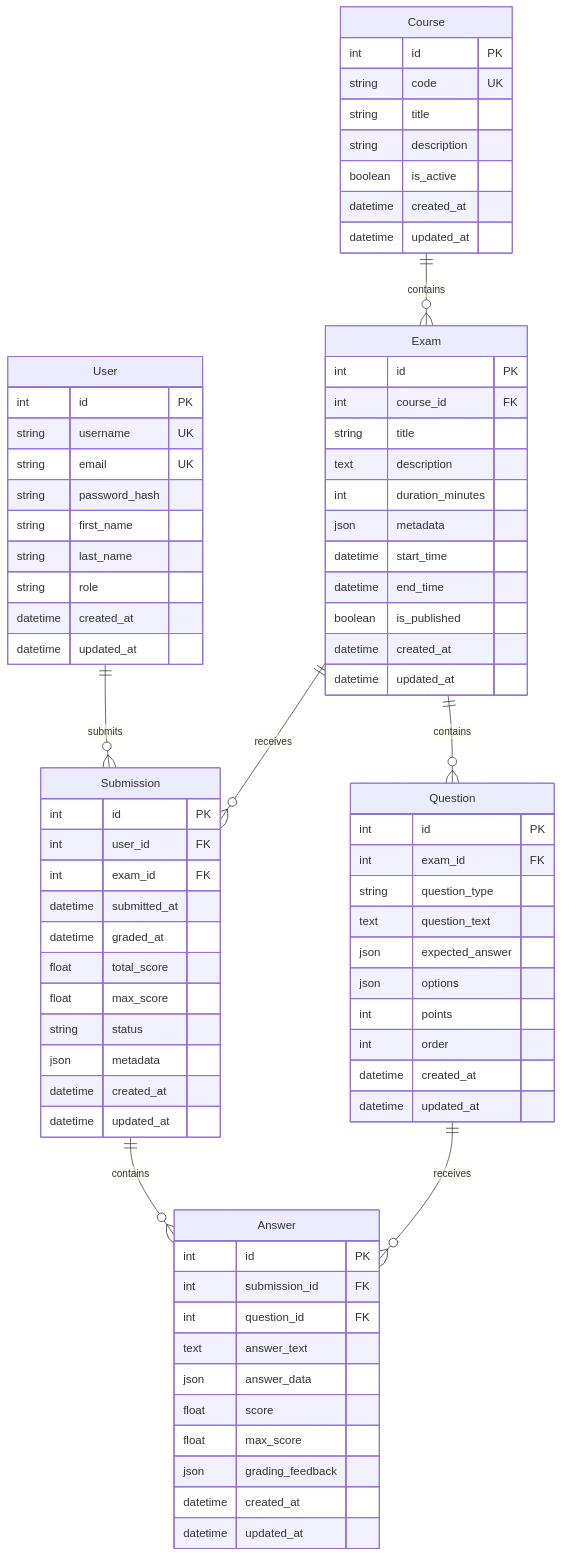
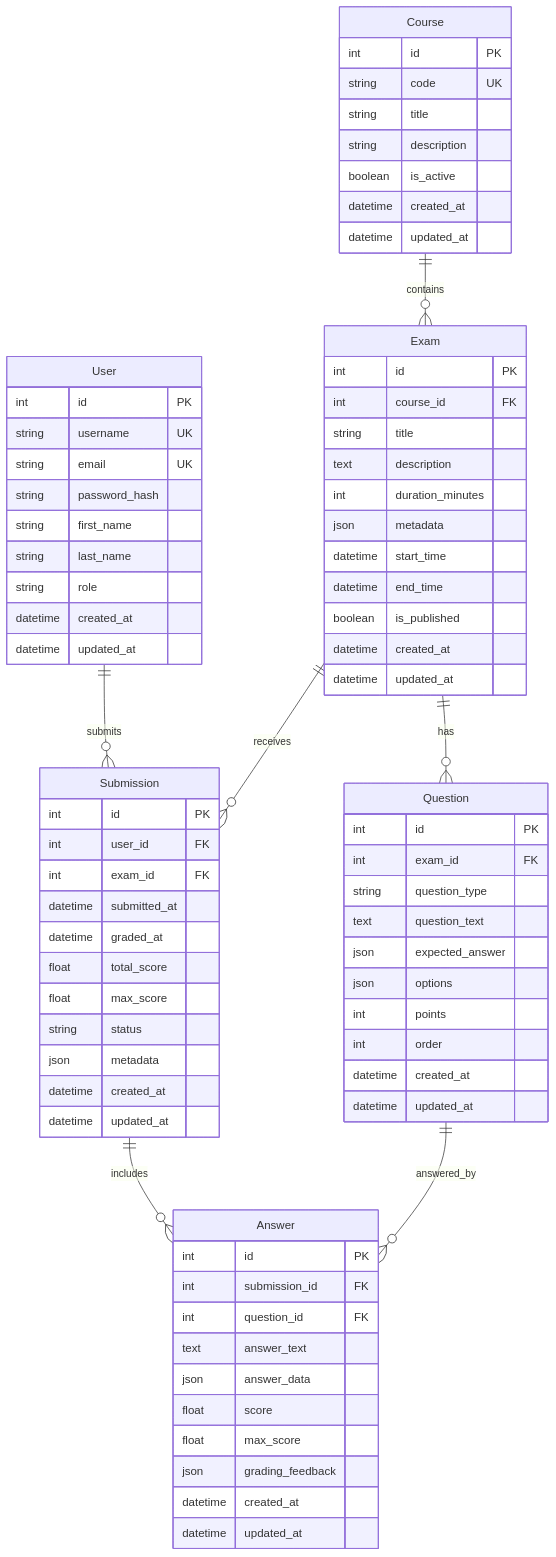
The diagram in README.md (DanAdewole/Acad-Mini-Assessment-Engine), drawn with Mermaid before and after one commit.

````diff
--- a/README.md
+++ b/README.md
@@ -7,6 +7,12 @@
 ```mermaid
 erDiagram
-    User ||--o{ Submission : "submits"
+    User ||--o{ Submission : submits
+    Course ||--o{ Exam : contains
+    Exam ||--o{ Question : has
+    Exam ||--o{ Submission : receives
+    Question ||--o{ Answer : answered_by
+    Submission ||--o{ Answer : includes
+
     User {
         int id PK
         string username UK
@@ -19,7 +25,6 @@
         datetime updated_at
     }
 
-    Course ||--o{ Exam : "contains"
     Course {
         int id PK
         string code UK
@@ -30,8 +35,6 @@
         datetime updated_at
     }
 
-    Exam ||--o{ Question : "contains"
-    Exam ||--o{ Submission : "receives"
     Exam {
         int id PK
         int course_id FK
@@ -46,7 +49,6 @@
         datetime updated_at
     }
 
-    Question ||--o{ Answer : "receives"
     Question {
         int id PK
         int exam_id FK
@@ -60,7 +62,6 @@
         datetime updated_at
     }
 
-    Submission ||--o{ Answer : "contains"
     Submission {
         int id PK
         int user_id FK
````
